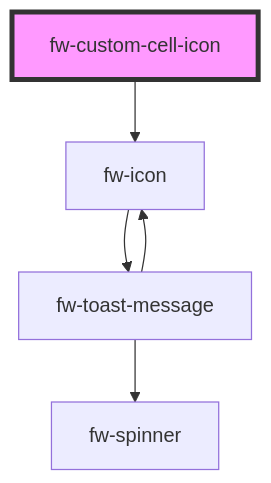
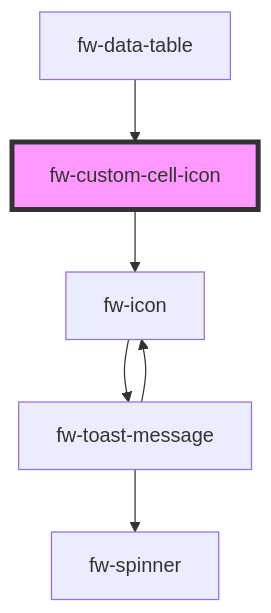
Before and after one commit to freshworks/crayons: the diagram in packages/crayons-core/src/components/data-table/custom-cells/icon/readme.md, drawn with Mermaid. The commit also changed other lines of this file and 4 other files, not shown here.

Commit message:
fix(data-table): adding cell variants as dependency to data-table

````diff
--- a/packages/crayons-core/src/components/data-table/custom-cells/icon/readme.md
+++ b/packages/crayons-core/src/components/data-table/custom-cells/icon/readme.md
@@ -25,8 +29,9 @@
 ```mermaid
 graph TD;
   fw-custom-cell-icon --> fw-icon
   fw-icon --> fw-toast-message
   fw-toast-message --> fw-spinner
   fw-toast-message --> fw-icon
+  fw-data-table --> fw-custom-cell-icon
   style fw-custom-cell-icon fill:#f9f,stroke:#333,stroke-width:4px
 ```
````
